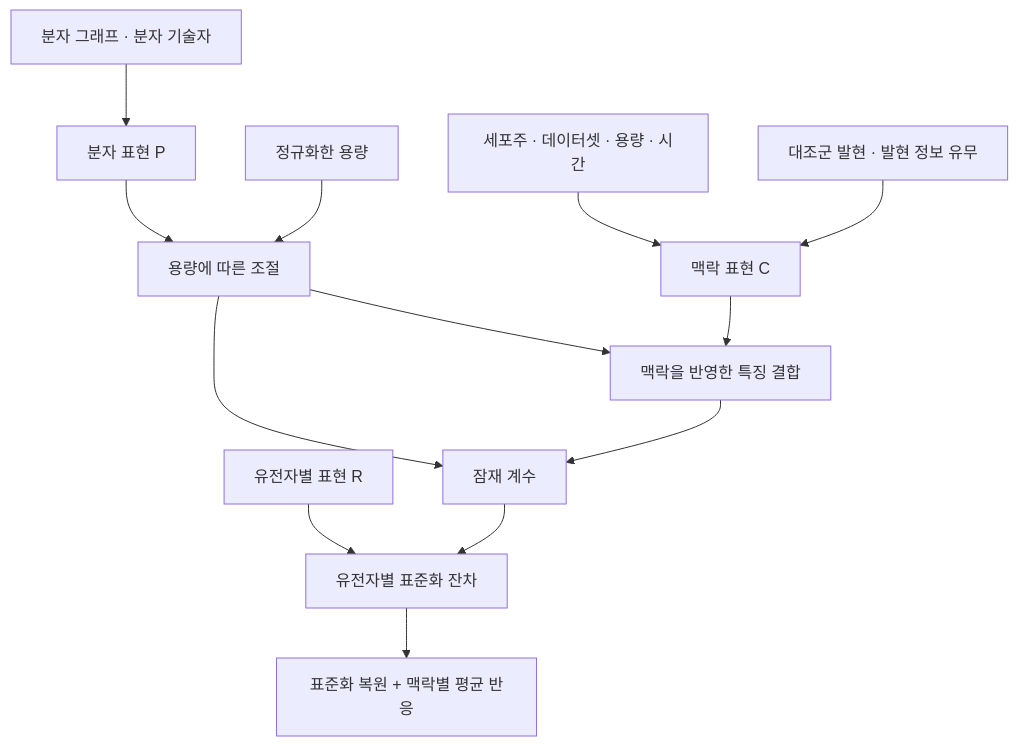
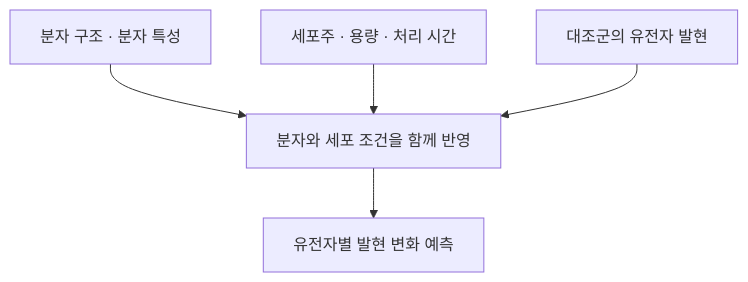
The diagram in projects/drug-response/MODEL.md (kkmmhh113/research-portfolio), drawn with Mermaid before and after one commit. The commit also changed other lines of this file and 11 other files, not shown here.

````diff
--- a/projects/drug-response/MODEL.md
+++ b/projects/drug-response/MODEL.md
@@ -9,15 +9,7 @@
 ```mermaid
 flowchart TD
-    A["분자 그래프 · 분자 기술자"] --> P["분자 표현 P"]
-    B["세포주 · 데이터셋 · 용량 · 시간"] --> C["맥락 표현 C"]
-    B0["대조군 발현 · 발현 정보 유무"] --> C
-    P --> G["용량에 따른 조절"]
-    D["정규화한 용량"] --> G
-    G --> F["맥락을 반영한 특징 결합"]
-    C --> F
-    G --> Z["잠재 계수"]
-    F --> Z
-    R["유전자별 표현 R"] --> Y["유전자별 표준화 잔차"]
-    Z --> Y
-    Y --> O["표준화 복원 + 맥락별 평균 반응"]
+    A["분자 구조 · 분자 특성"] --> M["분자와 세포 조건을 함께 반영"]
+    B["세포주 · 용량 · 처리 시간"] --> M
+    C["대조군의 유전자 발현"] --> M
+    M --> Y["유전자별 발현 변화 예측"]
 ```
````
